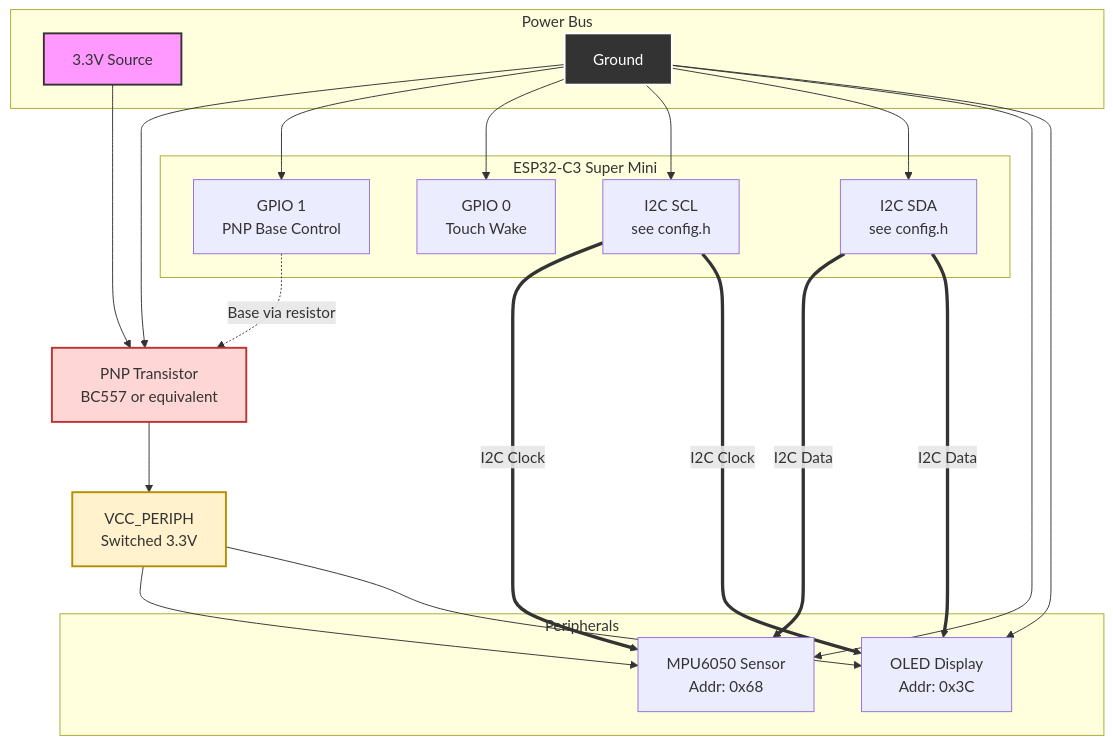
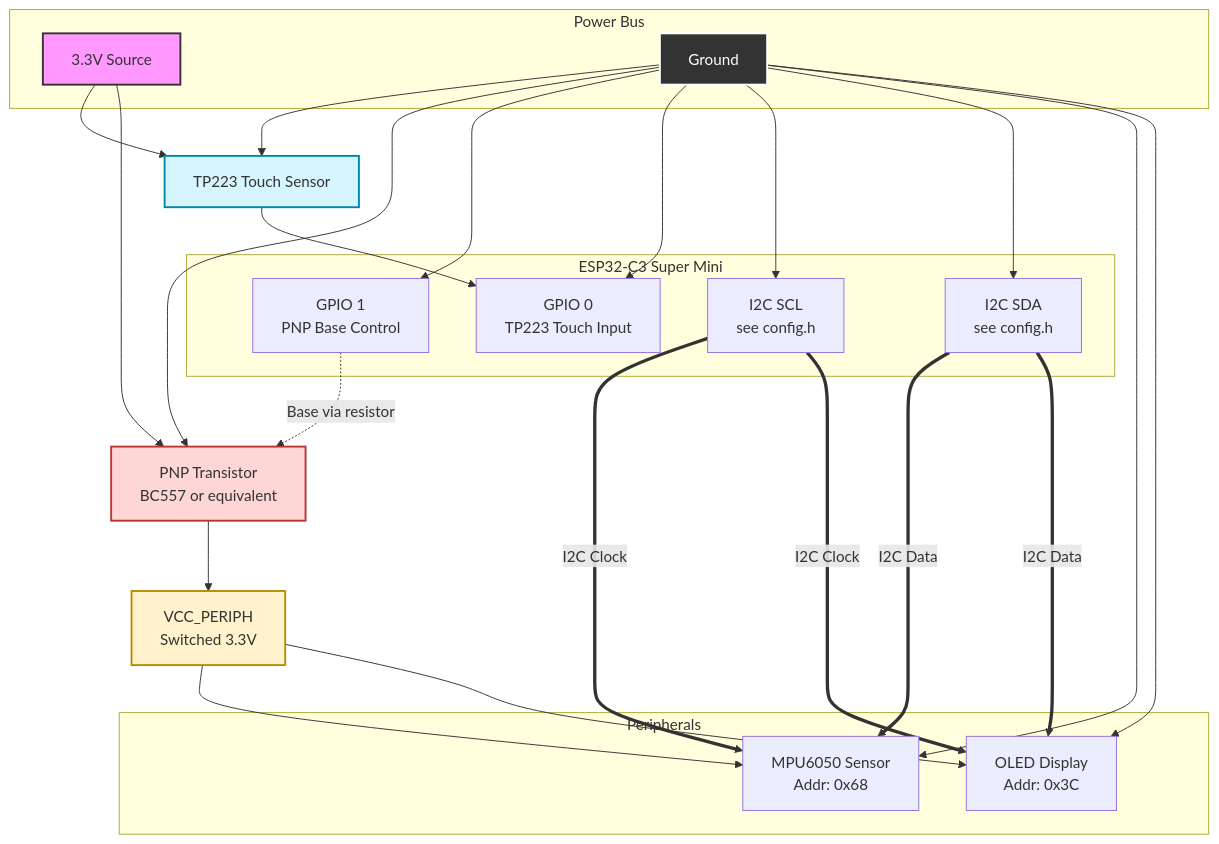
One commit to sanicxt/Leor changed the first of 2 diagrams in README.md. Above: the diagram before and after it, drawn with Mermaid. The commit also changed other lines of this file and 2 other files, not shown here.

Commit message:
feat: Implement clock transition effects for smoother display updates

````diff
--- a/README.md
+++ b/README.md
@@ -81,39 +81,43 @@
 ```mermaid
 graph TD
     subgraph Power Bus
       VCC[3.3V Source]
       GND[Ground]
     end
 
     subgraph ESP32-C3 Super Mini
       SDA[I2C SDA<br>see config.h]
       SCL[I2C SCL<br>see config.h]
-      GPIO0[GPIO 0<br>Touch Wake]
+      GPIO0[GPIO 0<br>TP223 Touch Input]
       GPIO1[GPIO 1<br>PNP Base Control]
     end
 
     PNP[PNP Transistor<br>BC557 or equivalent]
     VPERIPH[VCC_PERIPH<br>Switched 3.3V]
+    TP223[TP223 Touch Sensor]
 
     subgraph Peripherals
       OLED[OLED Display<br>Addr: 0x3C]
       IMU[MPU6050 Sensor<br>Addr: 0x68]
     end
 
     %% Power Connections
     VCC --> PNP
     PNP --> VPERIPH
     VPERIPH --> OLED & IMU
-    GND --> OLED & IMU & SDA & SCL & GPIO0 & GPIO1 & PNP
+    VCC --> TP223
+    GND --> OLED & IMU & SDA & SCL & GPIO0 & GPIO1 & PNP & TP223
 
     %% Data Connections
     SDA == I2C Data ==> OLED & IMU
     SCL == I2C Clock ==> OLED & IMU
+    TP223 --> GPIO0
     GPIO1 -. Base via resistor .-> PNP
 
     style VCC fill:#f9f,stroke:#333,stroke-width:2px
     style GND fill:#333,stroke:#fff,stroke-width:2px,color:#fff
     style PNP fill:#ffd6d6,stroke:#b33,stroke-width:2px
     style VPERIPH fill:#fff2cc,stroke:#b38f00,stroke-width:2px
+    style TP223 fill:#d6f5ff,stroke:#0088aa,stroke-width:2px
 
 ```
````
